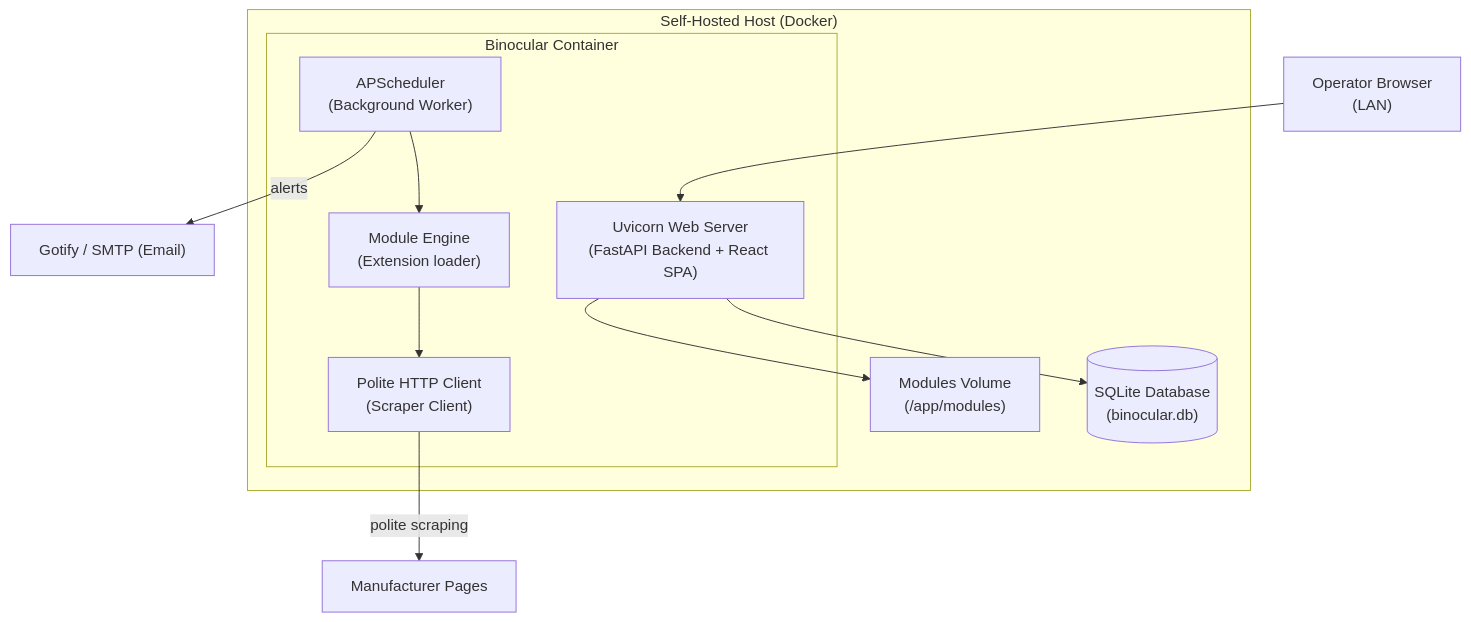
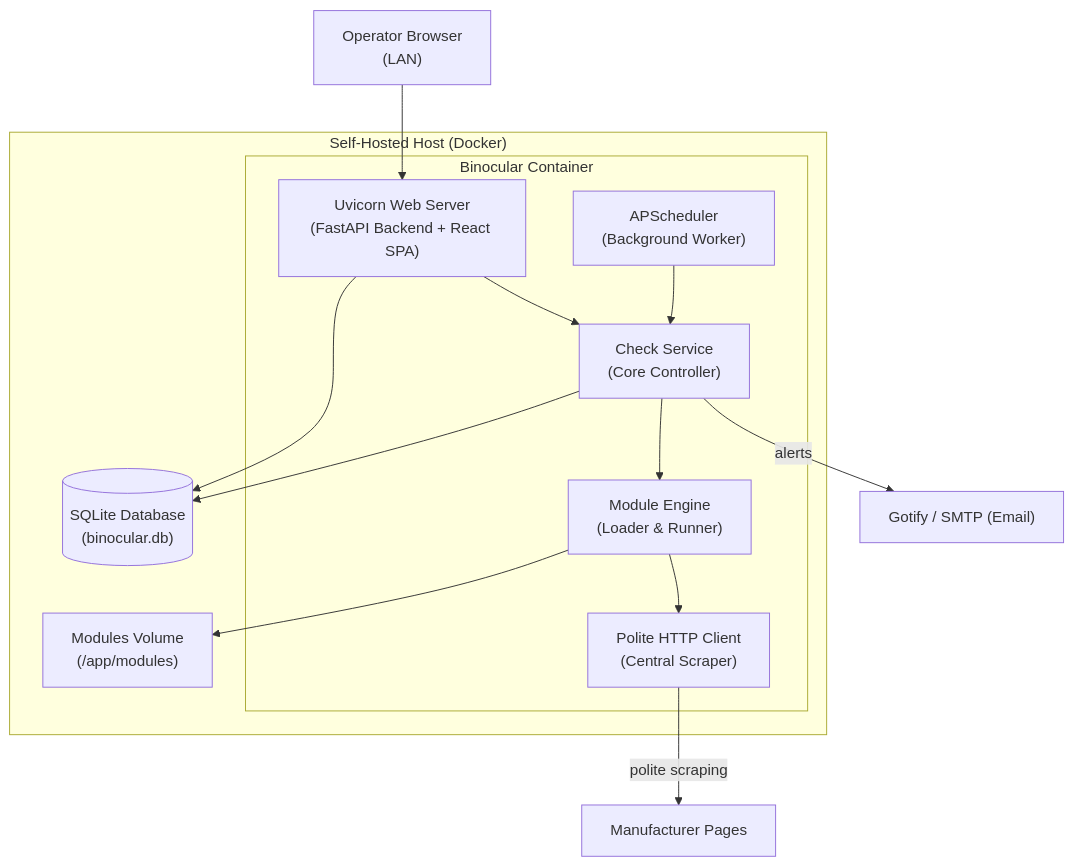
Before and after one commit to attilaszasz/Binocular: the diagram in README.md, drawn with Mermaid. The commit also changed other lines of this file and 4 other files, not shown here.

````diff
--- a/README.md
+++ b/README.md
@@ -35,21 +36,25 @@
 ```mermaid
 flowchart TB
     subgraph Host["Self-Hosted Host (Docker)"]
         subgraph Container["Binocular Container"]
             Uvicorn["Uvicorn Web Server<br>(FastAPI Backend + React SPA)"]
             Scheduler["APScheduler<br>(Background Worker)"]
-            Engine["Module Engine<br>(Extension loader)"]
-            Client["Polite HTTP Client<br>(Scraper Client)"]
+            CheckService["Check Service<br>(Core Controller)"]
+            Engine["Module Engine<br>(Loader & Runner)"]
+            Client["Polite HTTP Client<br>(Central Scraper)"]
         end
         Database[("SQLite Database<br>(binocular.db)")]
         ModulesDir["Modules Volume<br>(/app/modules)"]
     end
     
     Operator["Operator Browser<br>(LAN)"] --> Uvicorn
     Uvicorn --> Database
-    Uvicorn --> ModulesDir
-    Scheduler --> Engine
+    Uvicorn --> CheckService
+    Scheduler --> CheckService
+    CheckService --> Database
+    CheckService --> Engine
+    Engine --> ModulesDir
     Engine --> Client
     Client -- "polite scraping" --> Vendor["Manufacturer Pages"]
-    Scheduler -- "alerts" --> Apprise["Gotify / SMTP (Email)"]
+    CheckService -- "alerts" --> Apprise["Gotify / SMTP (Email)"]
 ```
````
